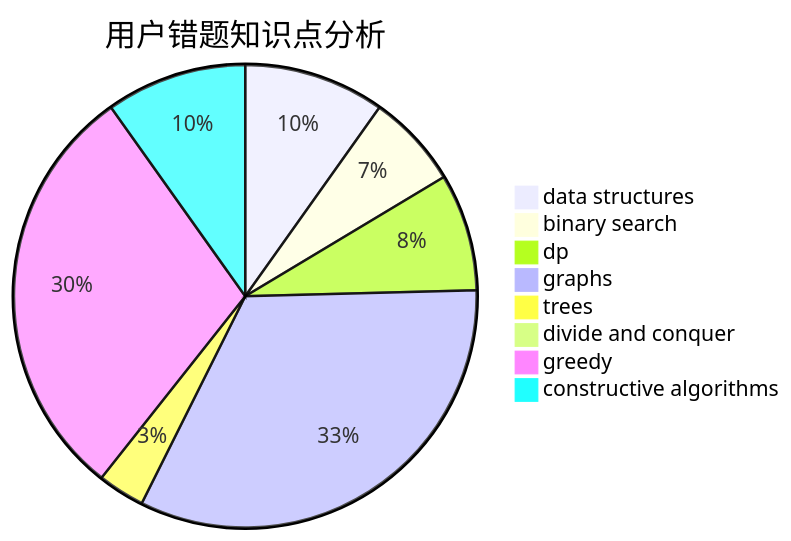
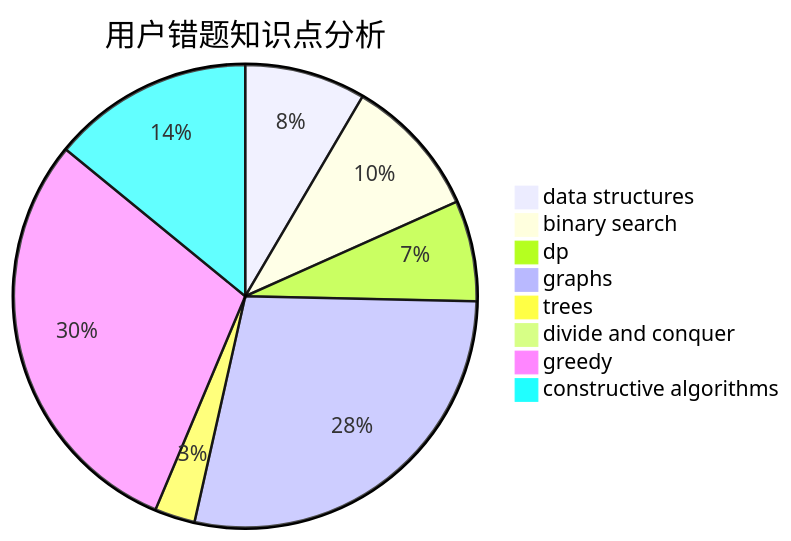
The third of 3 diagrams in docs/user/u1468.md (sherpahu/cfrs.github.io), drawn with Mermaid before and after one commit. The commit also changed other lines of this file and 2770 other files, not shown here.

````diff
--- a/docs/user/u1468.md
+++ b/docs/user/u1468.md
@@ -36,11 +36,11 @@
 ```mermaid
 pie title 用户错题知识点分析
     "data structures" :  6
-    "binary search" :  4
+    "binary search" :  7
     "dp" :  5
     "graphs" :  20
     "trees" :  2
     "divide and conquer" :  0
-    "greedy" :  18
-    "constructive algorithms" :  6
+    "greedy" :  21
+    "constructive algorithms" :  10
 ```
````
